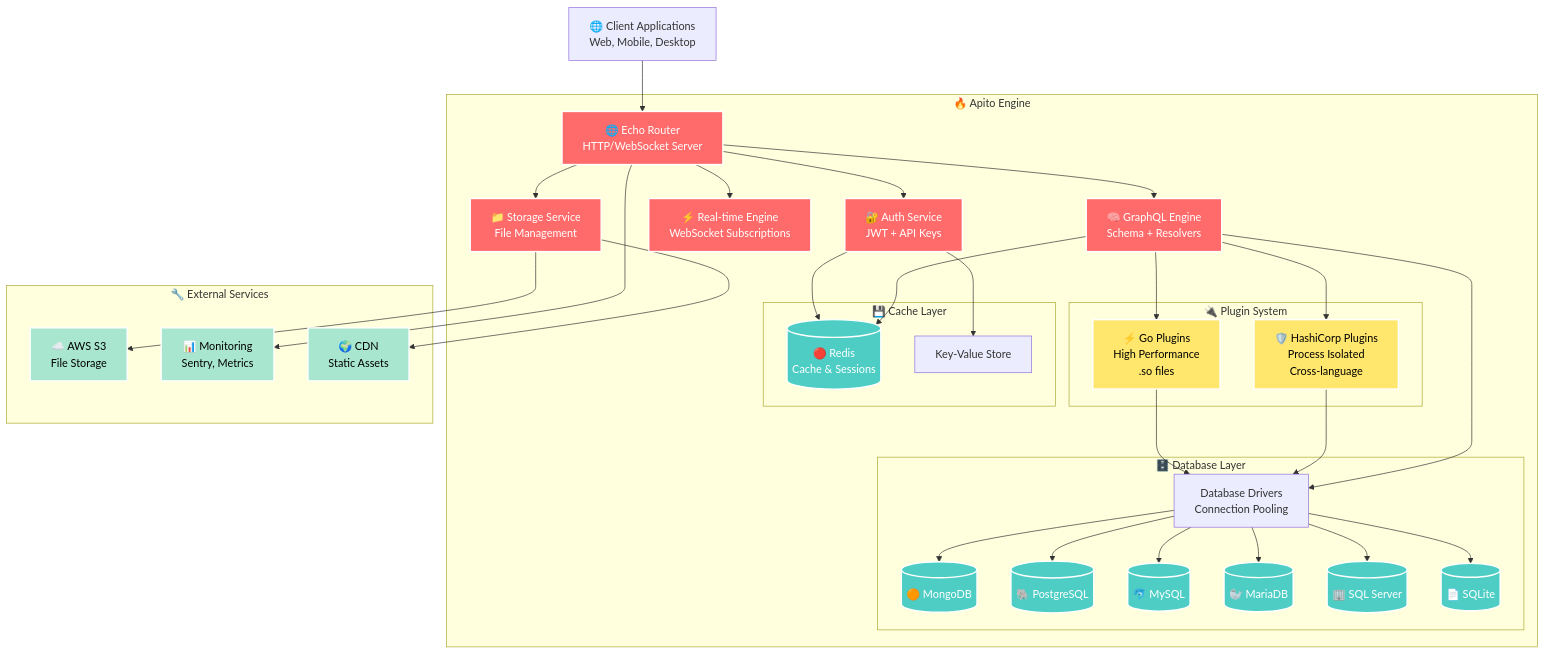
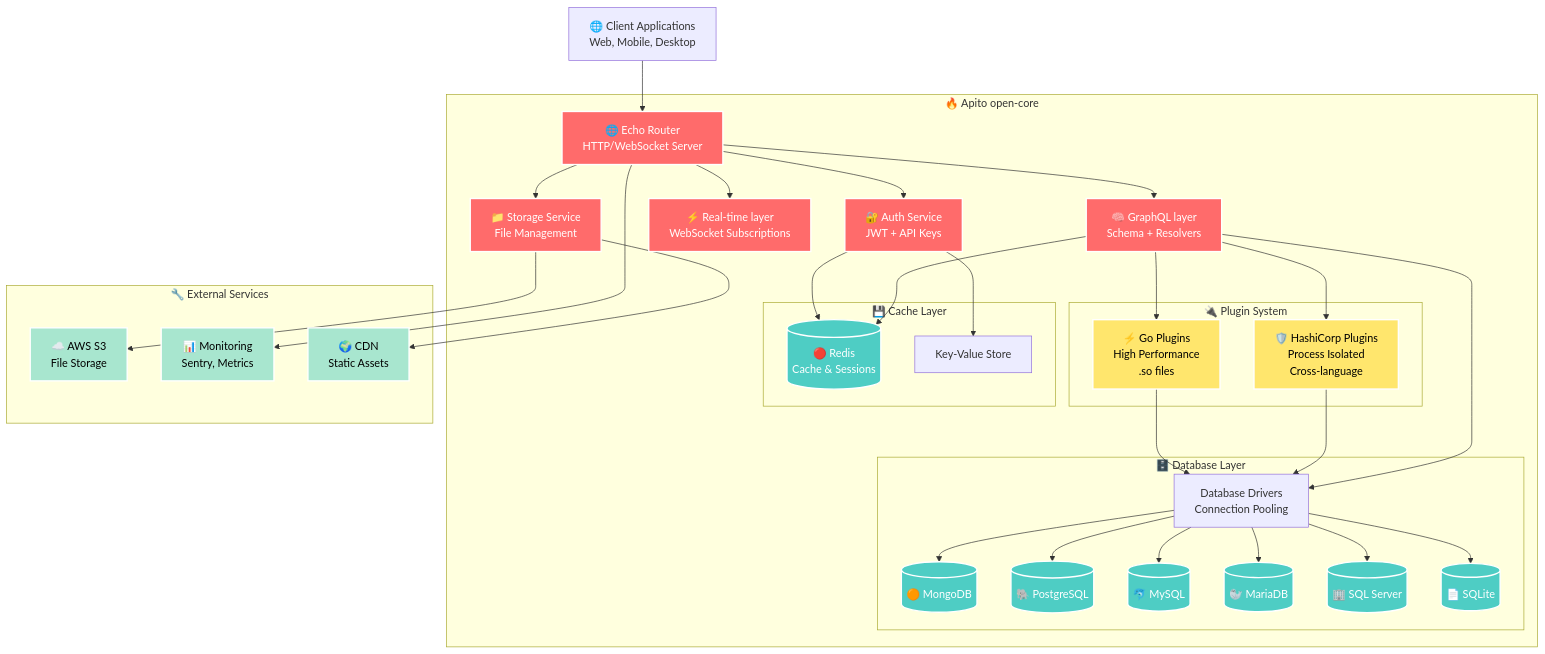
Before and after one commit to apito-io/engine: the diagram in README.md, drawn with Mermaid. The commit also changed other lines of this file and 110 other files, not shown here.

First line of the commit message:
docs: v1.6.0 changelog and open-core README

```diff
--- a/README.md
+++ b/README.md
@@ -202,11 +202,11 @@
 graph TB
     Client[🌐 Client Applications<br/>Web, Mobile, Desktop]
 
-    subgraph "🔥 Apito Engine"
+    subgraph "🔥 Apito open-core"
         Router[🌐 Echo Router<br/>HTTP/WebSocket Server]
         Auth[🔐 Auth Service<br/>JWT + API Keys]
-        GraphQL[🧠 GraphQL Engine<br/>Schema + Resolvers]
-        Realtime[⚡ Real-time Engine<br/>WebSocket Subscriptions]
+        GraphQL[🧠 GraphQL layer<br/>Schema + Resolvers]
+        Realtime[⚡ Real-time layer<br/>WebSocket Subscriptions]
         Storage[📁 Storage Service<br/>File Management]
 
         subgraph "🔌 Plugin System"
@@ -236,7 +236,7 @@
         CDN[🌍 CDN<br/>Static Assets]
     end
 
-    %% Client to Engine
+    %% Client to open-core
     Client --> Router
 
     %% Router routing
@@ -275,12 +275,12 @@
     Storage --> CDN
 
     %% Styling
-    classDef engineCore fill:#ff6b6b,stroke:#ffffff,stroke-width:2px,color:#ffffff
+    classDef openCoreNode fill:#ff6b6b,stroke:#ffffff,stroke-width:2px,color:#ffffff
     classDef database fill:#4ecdc4,stroke:#ffffff,stroke-width:2px,color:#ffffff
     classDef plugin fill:#ffe66d,stroke:#ffffff,stroke-width:2px,color:#000000
     classDef external fill:#a8e6cf,stroke:#ffffff,stroke-width:2px,color:#000000
 
-    class Router,Auth,GraphQL,Realtime,Storage engineCore
+    class Router,Auth,GraphQL,Realtime,Storage openCoreNode
     class MongoDB,PostgreSQL,MySQL,MariaDB,MSSQL,SQLite,Redis database
     class GoPlugins,HCPlugins plugin
     class S3,Monitoring,CDN external
```
